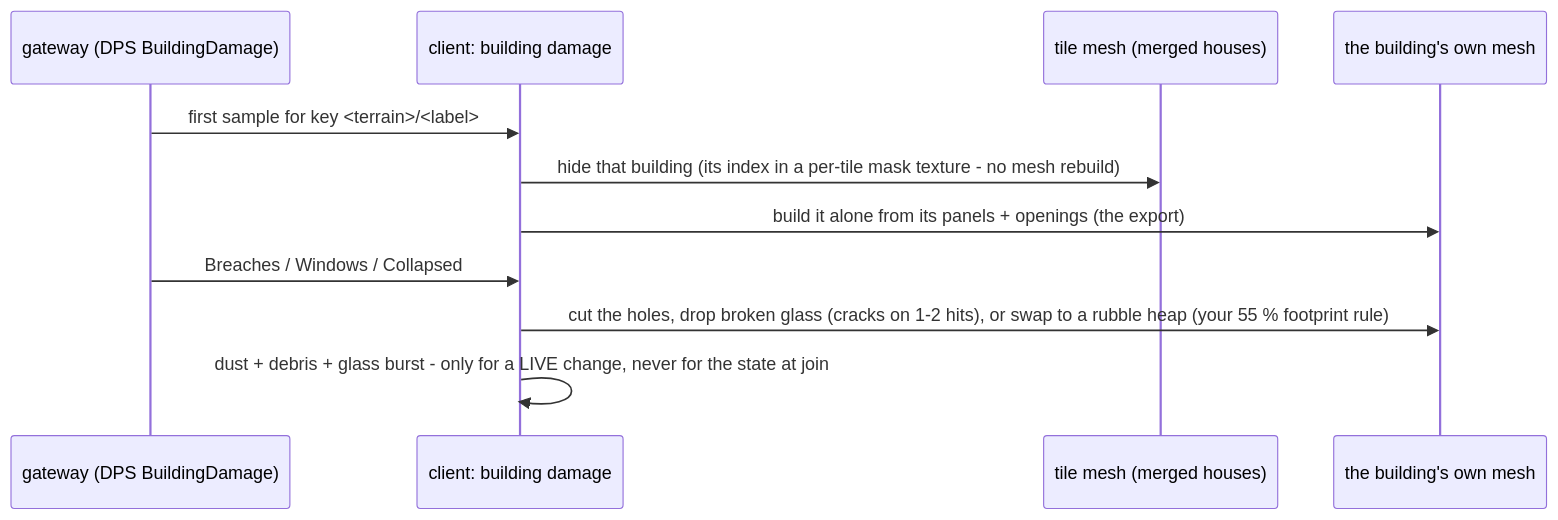
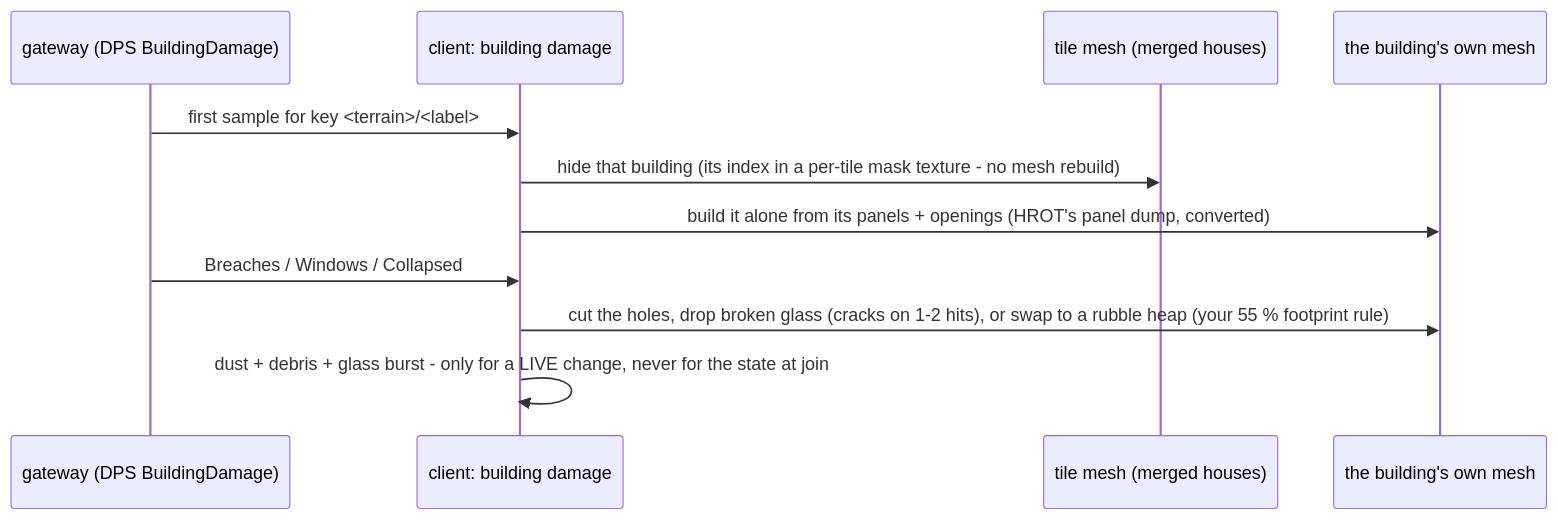
Before and after one commit to pjanec/HROT: the diagram in docs/blueprints/batches/NOTE_UnrealIg_To_Ui_Missiles_And_Building_Damage.md, drawn with Mermaid. The commit also changed other lines of this file, not shown here.

First line of the commit message:
NOTE unreal-ig -> ui (amended before pickup): the panels come from a HROT command-line option (--dump-building-panels) our converter calls offline, not from an 'export' - HROT's terrain format stays as is

````diff
--- a/docs/blueprints/batches/NOTE_UnrealIg_To_Ui_Missiles_And_Building_Damage.md
+++ b/docs/blueprints/batches/NOTE_UnrealIg_To_Ui_Missiles_And_Building_Damage.md
@@ -61,13 +69,13 @@
 ```mermaid
 sequenceDiagram
     participant G as gateway (DPS BuildingDamage)
     participant W as client: building damage
     participant T as tile mesh (merged houses)
     participant B as the building's own mesh
     G->>W: first sample for key <terrain>/<label>
     W->>T: hide that building (its index in a per-tile mask texture - no mesh rebuild)
-    W->>B: build it alone from its panels + openings (the export)
+    W->>B: build it alone from its panels + openings (HROT's panel dump, converted)
     G->>W: Breaches / Windows / Collapsed
     W->>B: cut the holes, drop broken glass (cracks on 1-2 hits), or swap to a rubble heap (your 55 % footprint rule)
     W->>W: dust + debris + glass burst - only for a LIVE change, never for the state at join
 ```
````
